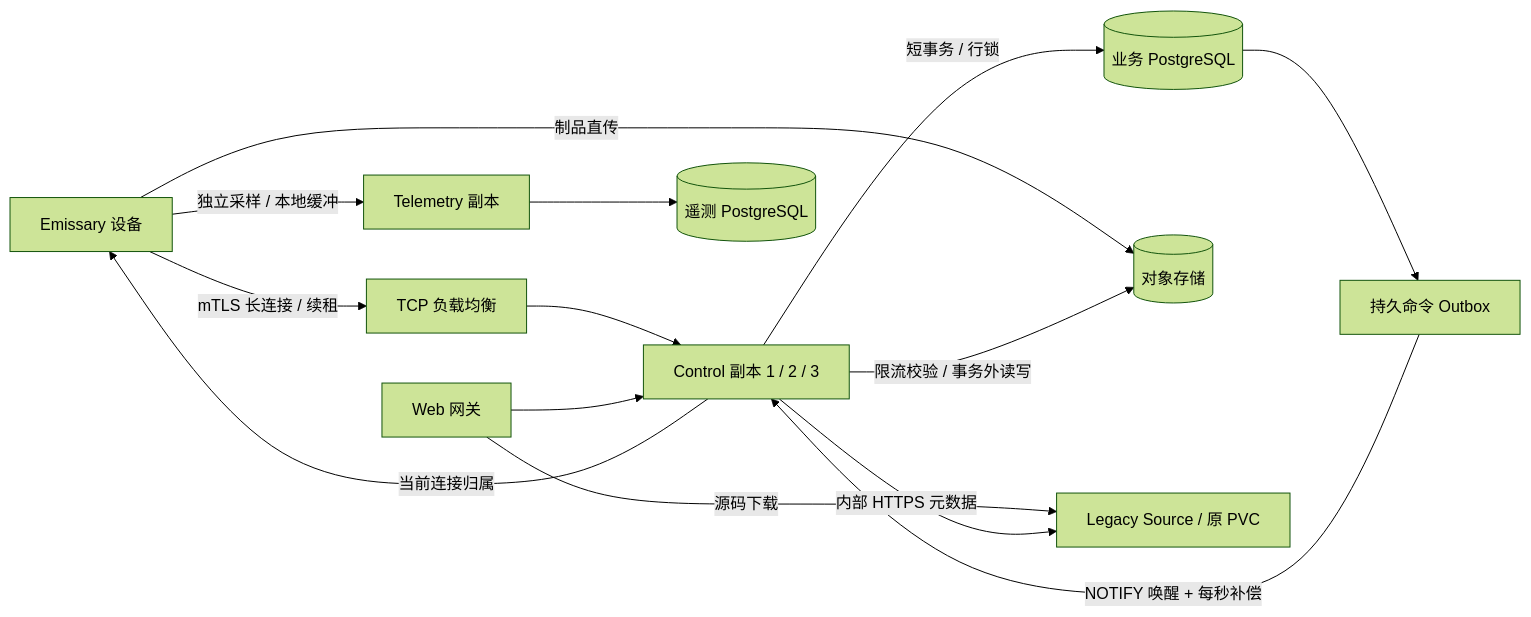
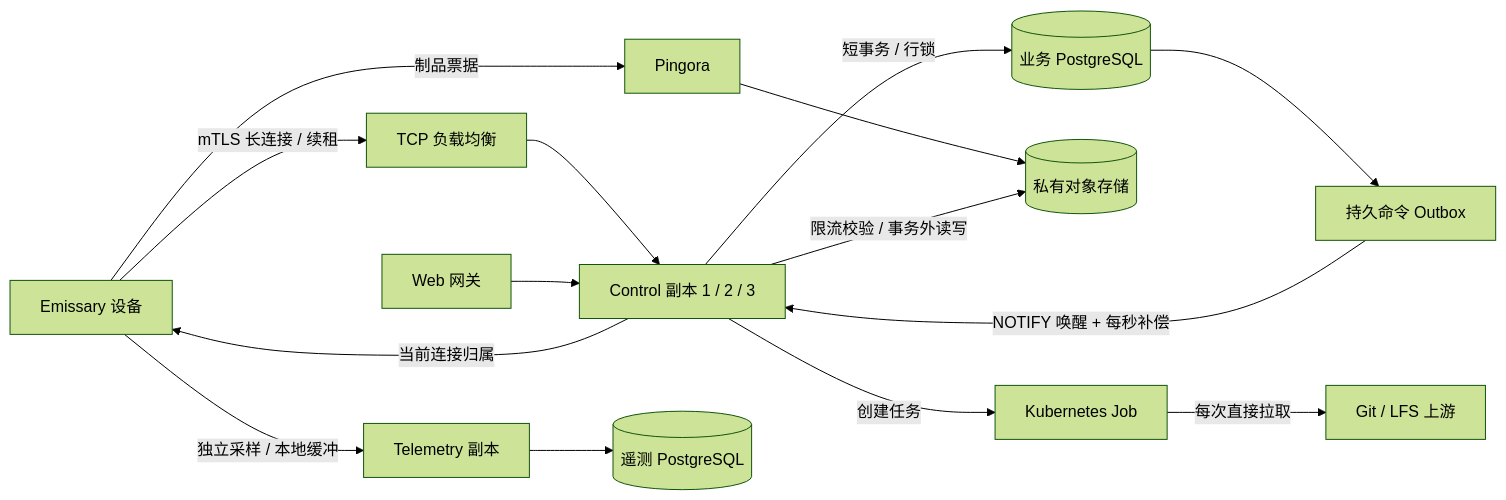
One commit to zhubby/artifactory changed the diagram in docs/control-ha.md. Above: the diagram before and after it, drawn with Mermaid (forest theme). The commit also changed other lines of this file and 358 other files, not shown here.

````diff
--- a/docs/control-ha.md
+++ b/docs/control-ha.md
@@ -7,16 +13,17 @@
 ```mermaid
 flowchart LR
   D[Emissary 设备] -->|mTLS 长连接 / 续租| LB[TCP 负载均衡]
   LB --> C[Control 副本 1 / 2 / 3]
   C -->|短事务 / 行锁| PG[(业务 PostgreSQL)]
   PG --> O[持久命令 Outbox]
   O -->|NOTIFY 唤醒 + 每秒补偿| C
   C -->|当前连接归属| D
-  D -->|制品直传| S3[(对象存储)]
+  D -->|制品票据| G[Pingora]
+  G --> S3[(私有对象存储)]
   C -->|限流校验 / 事务外读写| S3
   W[Web 网关] --> C
-  W -->|源码下载| S[Legacy Source / 原 PVC]
-  C -->|内部 HTTPS 元数据| S
+  C -->|创建任务| K[Kubernetes Job]
+  K -->|每次直接拉取| Git[Git / LFS 上游]
   D -->|独立采样 / 本地缓冲| T[Telemetry 副本]
   T --> TS[(遥测 PostgreSQL)]
 ```
````
